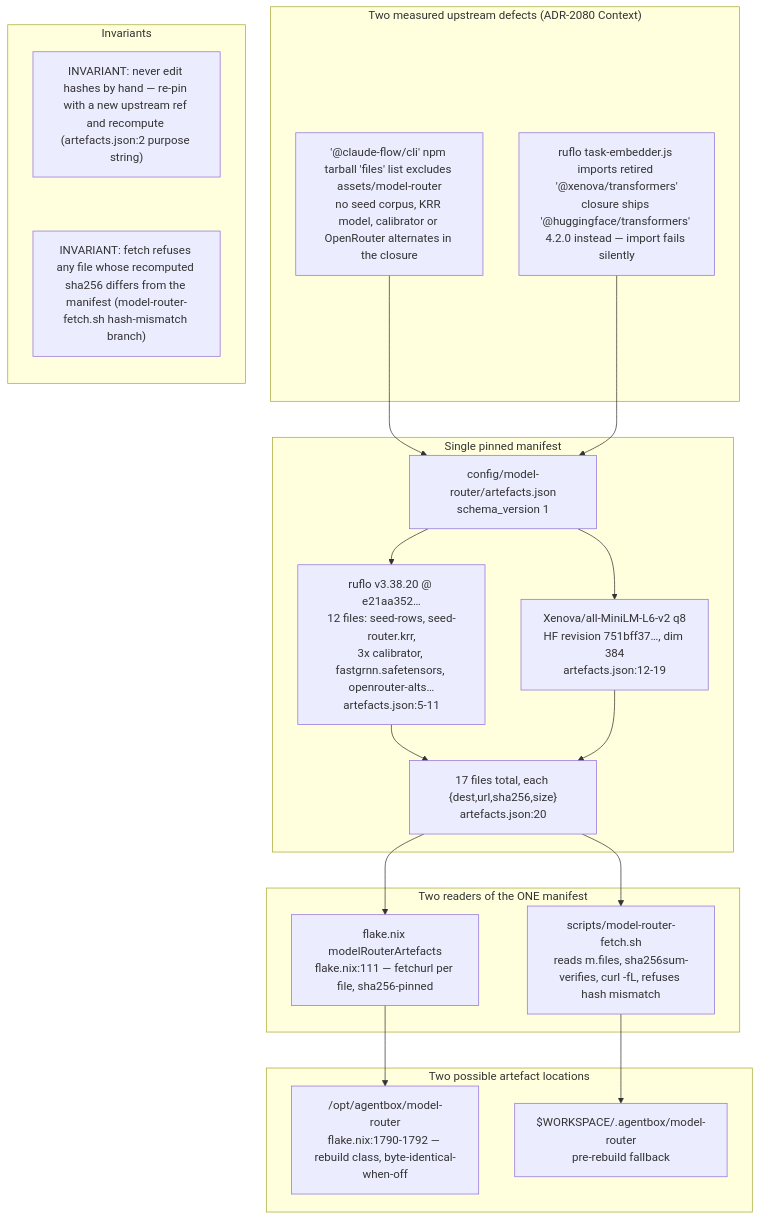
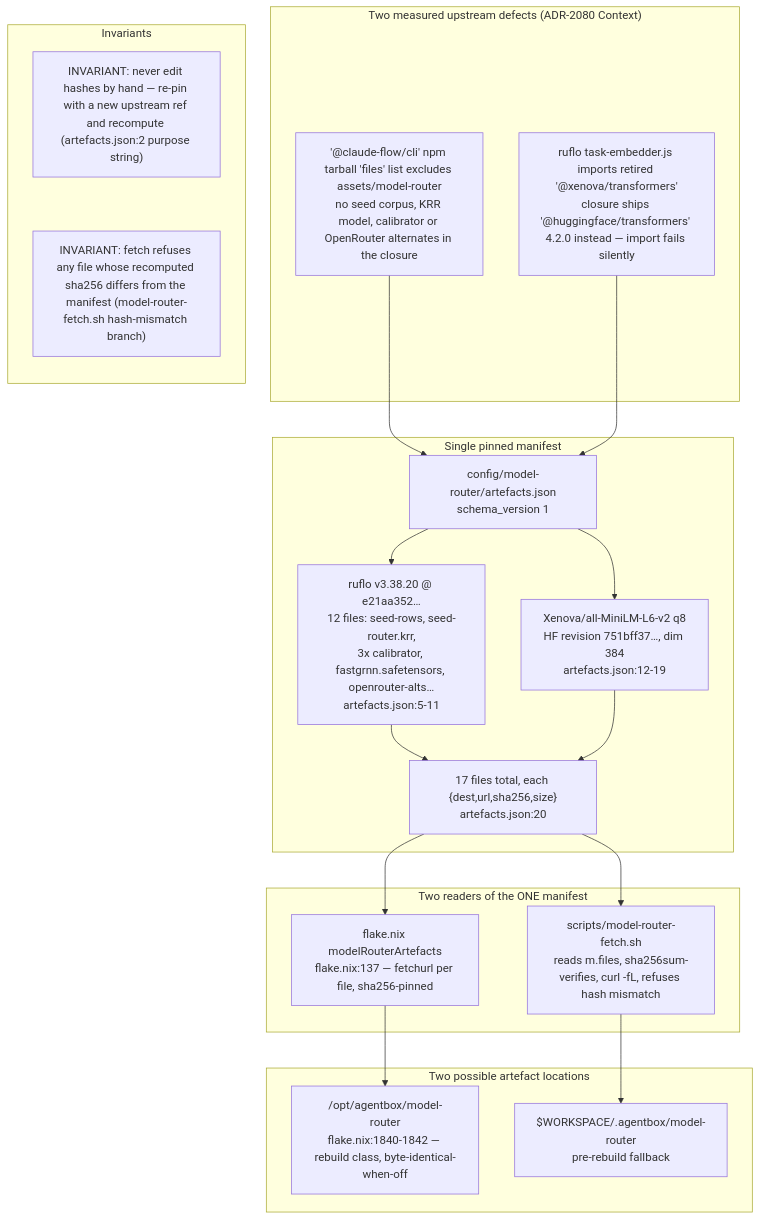
One commit to DreamLab-AI/VisionFlow changed the first of 9 diagrams in docs/diagrams/agentbox/29-metaharness-router-console.md. Above: the diagram before and after it, drawn with Mermaid. The commit also changed other lines of this file and 136 other files, not shown here.

First line of the commit message:
docs(diagrams): refresh the whole corpus to code HEAD and prune low-value diagrams

````diff
--- a/docs/diagrams/agentbox/29-metaharness-router-console.md
+++ b/docs/diagrams/agentbox/29-metaharness-router-console.md
@@ -28,33 +28,33 @@
 ```mermaid
 flowchart TB
     subgraph gap["Two measured upstream defects (ADR-2080 Context)"]
         T1["'@claude-flow/cli' npm tarball 'files' list excludes assets/model-router<br/>no seed corpus, KRR model, calibrator or OpenRouter alternates in the closure"]
         T2["ruflo task-embedder.js imports retired '@xenova/transformers'<br/>closure ships '@huggingface/transformers' 4.2.0 instead — import fails silently"]
     end
     subgraph manifest["Single pinned manifest"]
         ART["config/model-router/artefacts.json<br/>schema_version 1"]
         RUFLO["ruflo v3.38.20 @ e21aa352…<br/>12 files: seed-rows, seed-router.krr,<br/>3x calibrator, fastgrnn.safetensors, openrouter-alts…<br/>artefacts.json:5-11"]
         EMB["Xenova/all-MiniLM-L6-v2 q8<br/>HF revision 751bff37…, dim 384<br/>artefacts.json:12-19"]
         FILES["17 files total, each {dest,url,sha256,size}<br/>artefacts.json:20"]
     end
     subgraph readers["Two readers of the ONE manifest"]
-        NIX["flake.nix modelRouterArtefacts<br/>flake.nix:111 — fetchurl per file, sha256-pinned"]
+        NIX["flake.nix modelRouterArtefacts<br/>flake.nix:137 — fetchurl per file, sha256-pinned"]
         FETCH["scripts/model-router-fetch.sh<br/>reads m.files, sha256sum-verifies, curl -fL, refuses hash mismatch"]
     end
     subgraph outputs["Two possible artefact locations"]
-        BAKED["/opt/agentbox/model-router<br/>flake.nix:1790-1792 — rebuild class, byte-identical-when-off"]
+        BAKED["/opt/agentbox/model-router<br/>flake.nix:1840-1842 — rebuild class, byte-identical-when-off"]
         FALLBACK["$WORKSPACE/.agentbox/model-router<br/>pre-rebuild fallback"]
     end
     T1 --> ART
     T2 --> ART
     ART --> RUFLO --> FILES
     ART --> EMB --> FILES
     FILES --> NIX --> BAKED
     FILES --> FETCH --> FALLBACK
     subgraph notes["Invariants"]
         direction TB
         N1["INVARIANT: never edit hashes by hand — re-pin with a new upstream ref and recompute (artefacts.json:2 purpose string)"]
         N2["INVARIANT: fetch refuses any file whose recomputed sha256 differs from the manifest (model-router-fetch.sh hash-mismatch branch)"]
         N1 ~~~ N2
     end
 ```
````
